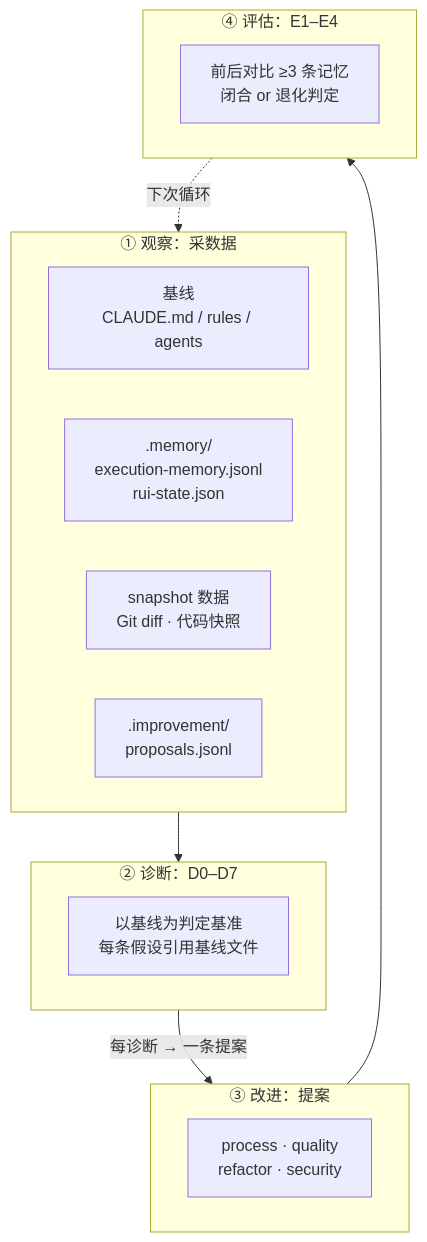
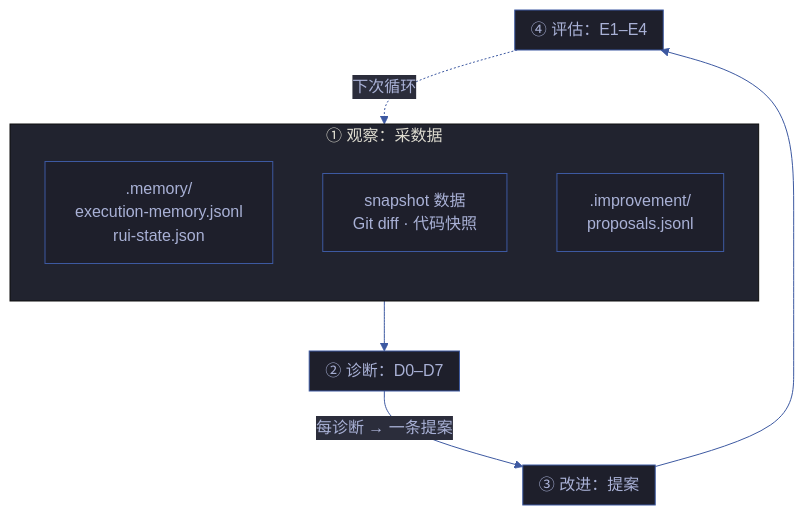
The first of 11 diagrams in rules/self-improve.md (effiy/YrY), drawn with Mermaid before and after one commit. The commit also changed other lines of this file and 42 other files, not shown here.

First line of the commit message:
feat: apply Mermaid authoring rules (M1-M12) across entire codebase

````diff
--- a/rules/self-improve.md
+++ b/rules/self-improve.md
@@ -15,27 +15,36 @@
 ```mermaid
+%%{init: {'theme': 'base', 'themeVariables': {
+  'primaryColor': '#1e1f2b',
+  'primaryTextColor': '#a9b1d6',
+  'primaryBorderColor': '#3d59a1',
+  'lineColor': '#3d59a1',
+  'secondaryColor': '#2b2d3b',
+  'tertiaryColor': '#21232f'
+}}}%%
 flowchart TB
     subgraph 观察["① 观察：采数据"]
-        BASE["基线<br/>CLAUDE.md / rules / agents"]:::base
+        direction TB
         EXEC[".memory/<br/>execution-memory.jsonl<br/>rui-state.json"]:::data
         SNAP["snapshot 数据<br/>Git diff · 代码快照"]:::data
         PROP[".improvement/<br/>proposals.jsonl"]:::data
     end
 
     subgraph 诊断["② 诊断：D0–D7"]
-        D_ALL["以基线为判定基准<br/>每条假设引用基线文件"]:::diag
+        direction TB
     end
 
     subgraph 改进["③ 改进：提案"]
-        PRC["process · quality<br/>refactor · security"]:::prop
+        direction TB
     end
 
     subgraph 评估["④ 评估：E1–E4"]
-        EVAL["前后对比 ≥3 条记忆<br/>闭合 or 退化判定"]:::eval
+        direction TB
     end
 
     观察 --> 诊断
     诊断 -->|"每诊断 → 一条提案"| 改进
     改进 --> 评估
     评估 -.->|"下次循环"| 观察
 
+
 ```
````
